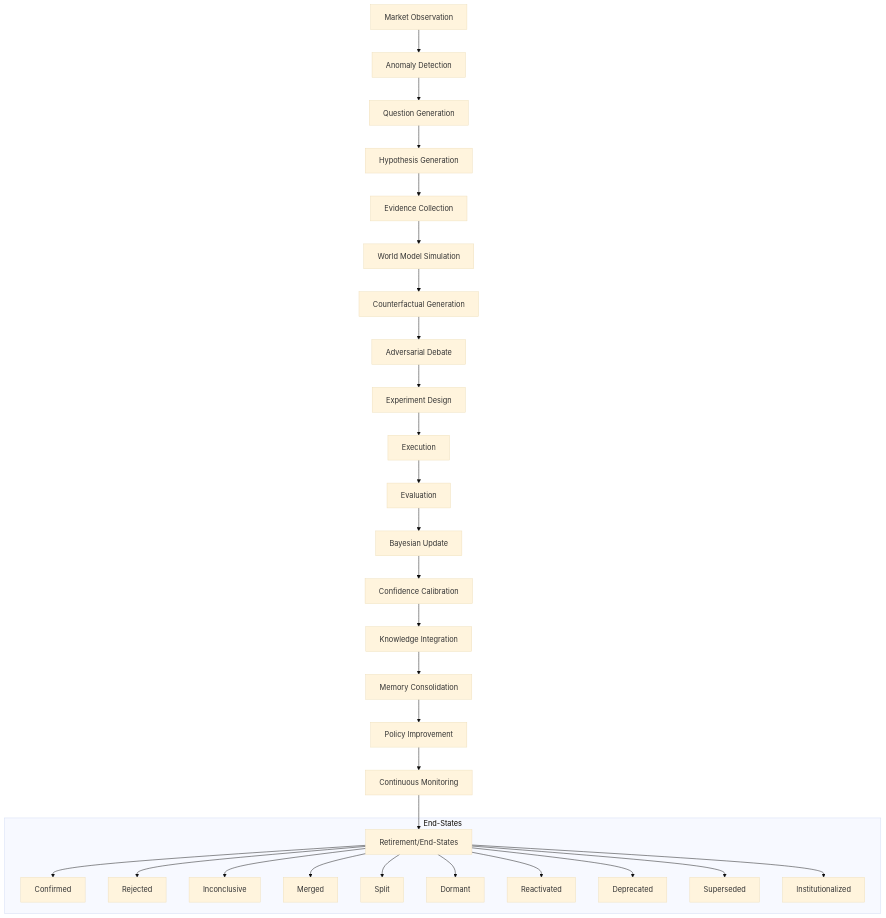
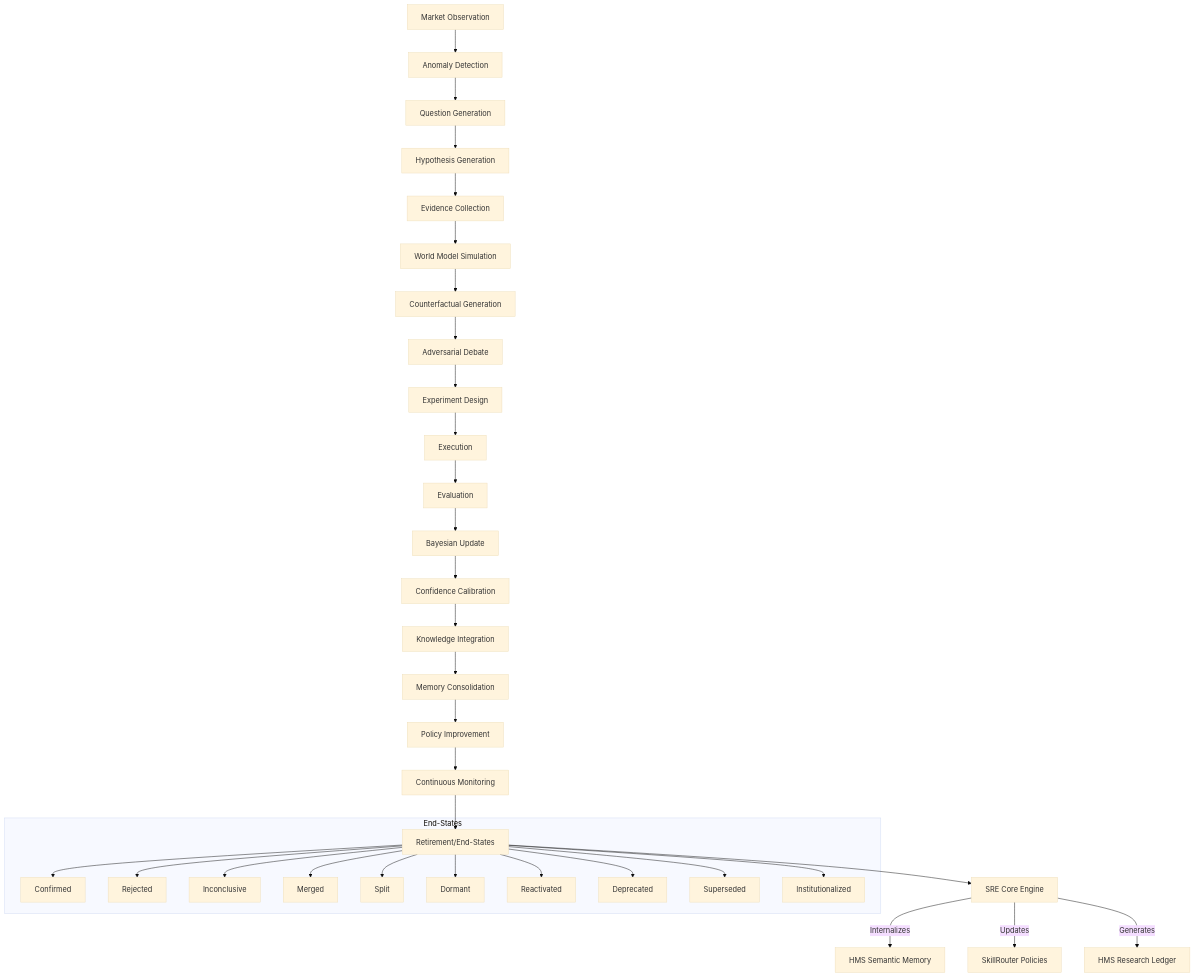
Before and after one commit to CodeCrazeCodeCrazeDev/tradingbot: the diagram in HYPOTHESIS_DEPENDENCY_GRAPH.md, drawn with Mermaid (base theme). The commit also changed 7 other files, not shown here.

````diff
--- a/HYPOTHESIS_DEPENDENCY_GRAPH.md
+++ b/HYPOTHESIS_DEPENDENCY_GRAPH.md
@@ -7,33 +7,38 @@
 ```mermaid
 graph TD
     Obs[Market Observation] --> AD[Anomaly Detection]
     AD --> QG[Question Generation]
     QG --> HG[Hypothesis Generation]
     HG --> EC[Evidence Collection]
     EC --> WM[World Model Simulation]
     WM --> CF[Counterfactual Generation]
     CF --> ADeb[Adversarial Debate]
     ADeb --> ED[Experiment Design]
     ED --> EXE[Execution]
     EXE --> EVAL[Evaluation]
     EVAL --> BU[Bayesian Update]
     BU --> CC[Confidence Calibration]
     CC --> KI[Knowledge Integration]
     KI --> MC[Memory Consolidation]
     MC --> PI[Policy Improvement]
     PI --> CM[Continuous Monitoring]
     CM --> RET[Retirement/End-States]
 
+    RET --> SRE_CORE[SRE Core Engine]
+    SRE_CORE -->|Internalizes| HMS[HMS Semantic Memory]
+    SRE_CORE -->|Updates| SkillRouter[SkillRouter Policies]
+    SRE_CORE -->|Generates| ResearchLedger[HMS Research Ledger]
+
     subgraph "End-States"
         RET --> Conf[Confirmed]
         RET --> Rej[Rejected]
         RET --> Inc[Inconclusive]
         RET --> Mer[Merged]
         RET --> Spl[Split]
         RET --> Dor[Dormant]
         RET --> Rea[Reactivated]
         RET --> Dep[Deprecated]
         RET --> Sup[Superseded]
         RET --> Inst[Institutionalized]
     end
 ```
````
